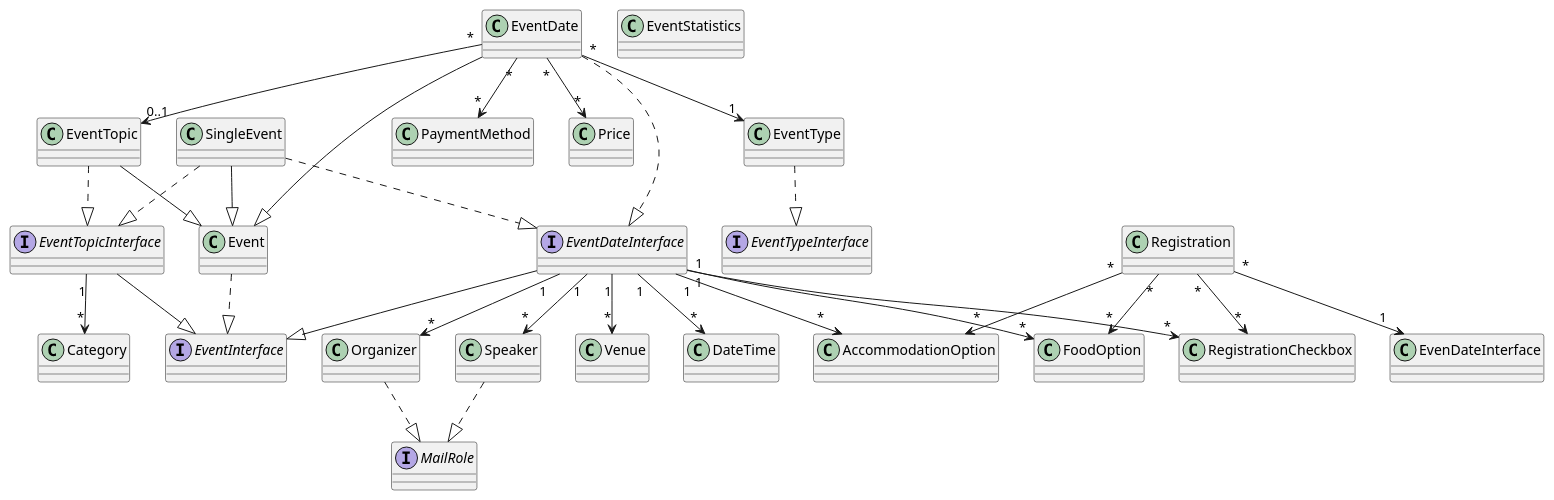
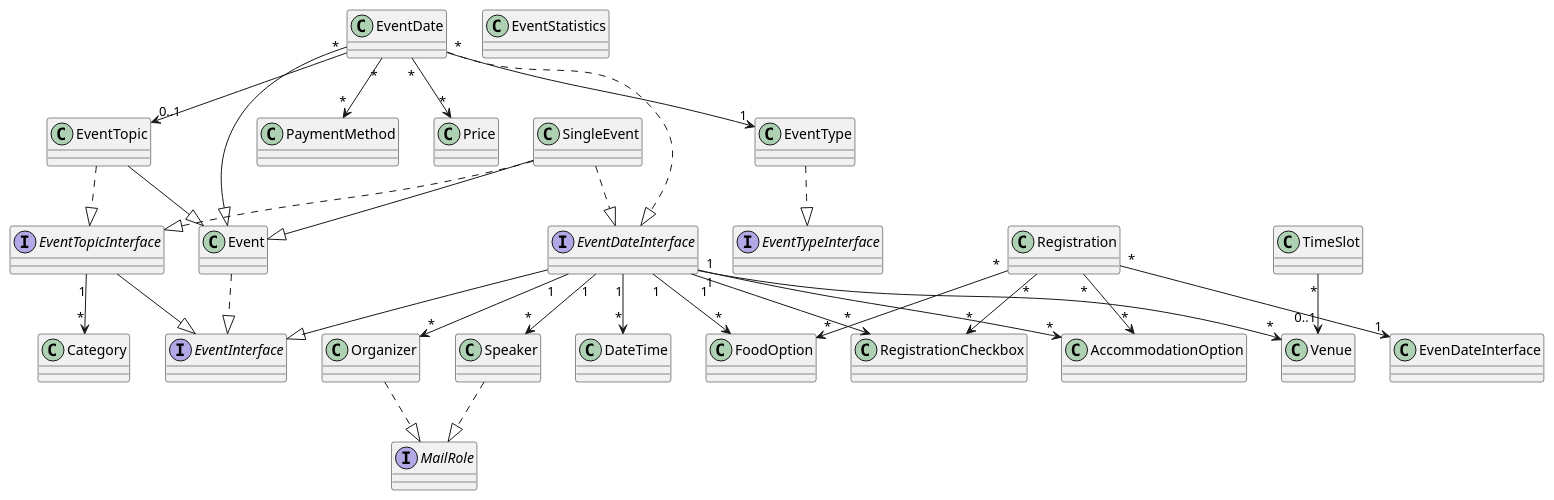
Before and after one commit to oliverklee-de/seminars: the diagram in Documentation/Architecture/UMLforEntities.plantuml, drawn with PlantUML. The commit also changed 11 other files, not shown here.

First line of the commit message:
[FEATURE] Add `TimeSlot` Model and Repository (#5039)

```diff
--- a/Documentation/Architecture/UMLforEntities.plantuml
+++ b/Documentation/Architecture/UMLforEntities.plantuml
@@ -1,76 +1,79 @@
 ' ==========
 ' Interfaces
 ' ==========
 interface EventDateInterface
 interface EventInterface
 interface EventTopicInterface
 interface EventTypeInterface
 interface MailRole
 
 ' ==============
 ' Domain Classes
 ' ==============
 class AccommodationOption
 class Category
 class DateTime
 class Event
 class EventDate
 class EventStatistics
 class EventTopic
 class EventType
 class FoodOption
 class Organizer
 class PaymentMethod
 class Price
 class Registration
 class RegistrationCheckbox
 class SingleEvent
 class Speaker
+class TimeSlot
 class Venue
 
 ' ===========
 ' Inheritance
 ' ===========
 EventDate --|> Event
 EventTopic --|> Event
 SingleEvent --|> Event
 
 EventDateInterface --|> EventInterface
 EventTopicInterface --|> EventInterface
 
 ' =========
 ' Interface
 ' =========
 Event ..|> EventInterface
 EventDate ..|> EventDateInterface
 EventTopic ..|> EventTopicInterface
 EventType ..|> EventTypeInterface
 Organizer ..|> MailRole
 SingleEvent ..|> EventDateInterface
 SingleEvent ..|> EventTopicInterface
 Speaker ..|> MailRole
 
 
 
 ' ============
 ' Associations
 ' ============
 EventDate "*" --> "1" EventType
 EventDate "*" --> "*" PaymentMethod
 EventDate "*" --> "*" Price
 EventDate "*" --> "0..1" EventTopic
 
 EventDateInterface "1" --> "*" AccommodationOption
 EventDateInterface "1" --> "*" DateTime
 EventDateInterface "1" --> "*" FoodOption
 EventDateInterface "1" --> "*" Organizer
 EventDateInterface "1" --> "*" RegistrationCheckbox
 EventDateInterface "1" --> "*" Speaker
 EventDateInterface "1" --> "*" Venue
 
 EventTopicInterface "1" --> "*" Category
 
 Registration "*" --> "*" AccommodationOption
 Registration "*" --> "1" EvenDateInterface
 Registration "*" --> "*" FoodOption
 Registration "*" --> "*" RegistrationCheckbox
+
+TimeSlot "*" --> "0..1" Venue
```
